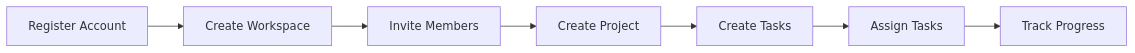
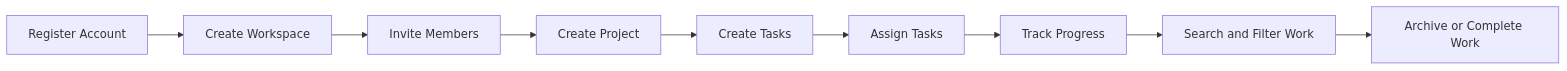
The diagram in docs/01-product/Product-Requirements-Document.md (nicolasdev97/sprinthub), drawn with Mermaid before and after one commit. The commit also changed other lines of this file and 706 other files, not shown here.

````diff
--- a/docs/01-product/Product-Requirements-Document.md
+++ b/docs/01-product/Product-Requirements-Document.md
@@ -377,18 +597,22 @@
 ```mermaid
 flowchart LR
 
 A[Register Account]
 B[Create Workspace]
 C[Invite Members]
 D[Create Project]
 E[Create Tasks]
 F[Assign Tasks]
 G[Track Progress]
+H[Search and Filter Work]
+I[Archive or Complete Work]
 
 A --> B
 B --> C
 C --> D
 D --> E
 E --> F
 F --> G
+G --> H
+H --> I
 ```
````
